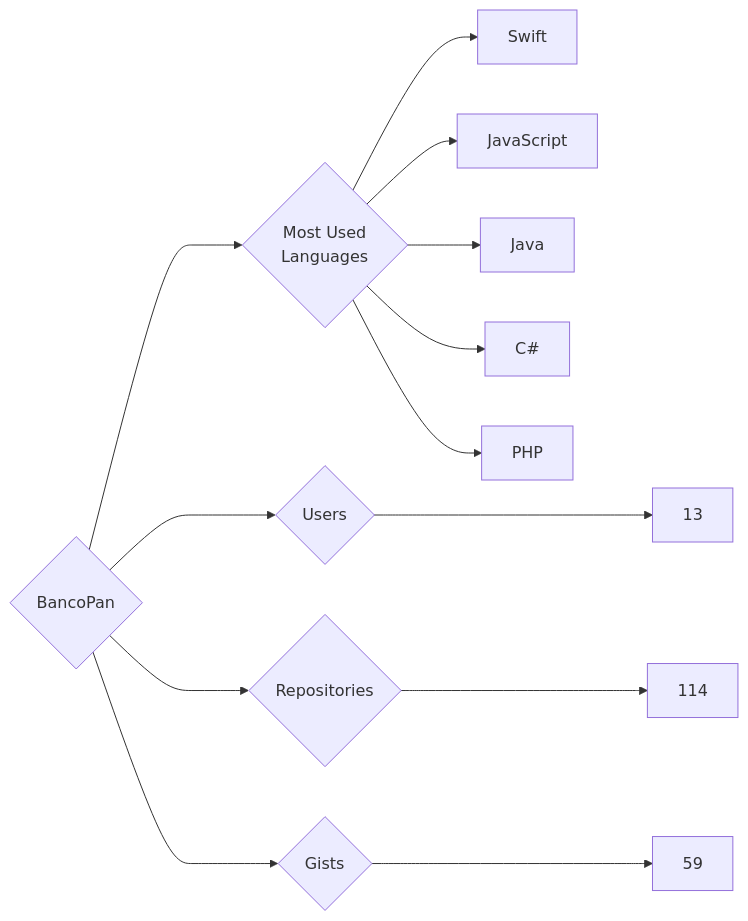
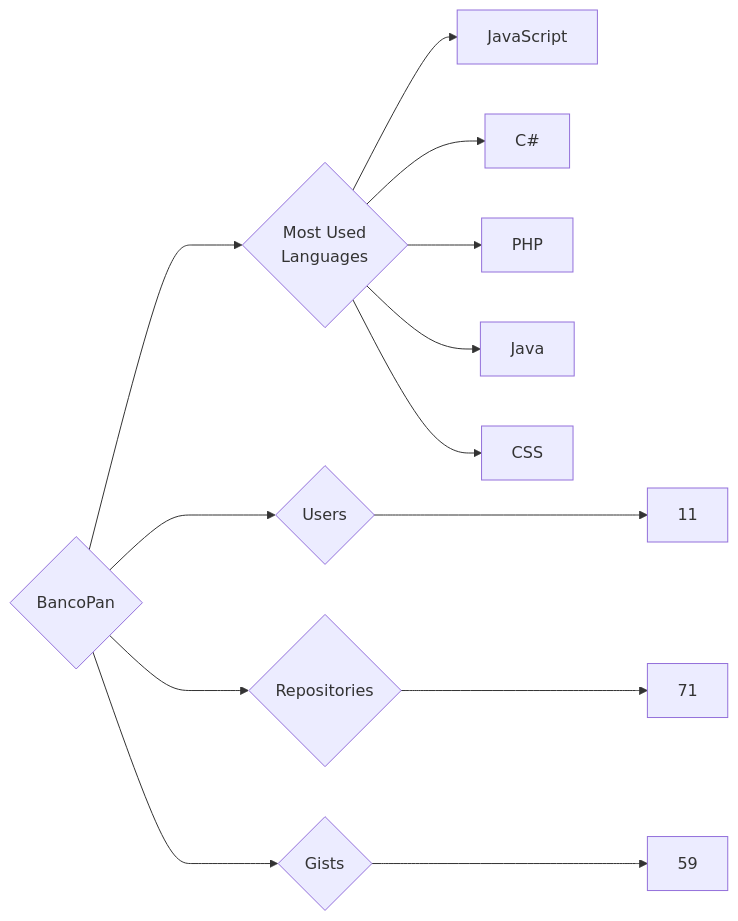
Before and after one commit to trickest/insiders: the diagram in targets/BancoPan/README.md, drawn with Mermaid. The commit also changed 1166 other files, not shown here.

````diff
--- a/targets/BancoPan/README.md
+++ b/targets/BancoPan/README.md
@@ -3,13 +3,13 @@
 ```mermaid
 graph LR
 COMPANY_NAME{BancoPan}
-COMPANY_NAME ---> U{Users} ---> UN[13]
-COMPANY_NAME ---> R{Repositories} ---> RN[114]
+COMPANY_NAME ---> U{Users} ---> UN[11]
+COMPANY_NAME ---> R{Repositories} ---> RN[71]
 COMPANY_NAME ---> G{Gists} ---> GN[59]
 COMPANY_NAME ---> ML{Most Used<br>Languages}
-ML --> Swift[Swift]
 ML --> JavaScript[JavaScript]
-ML --> Java[Java]
 ML --> C#[C#]
 ML --> PHP[PHP]
+ML --> Java[Java]
+ML --> CSS[CSS]
 ```
````
